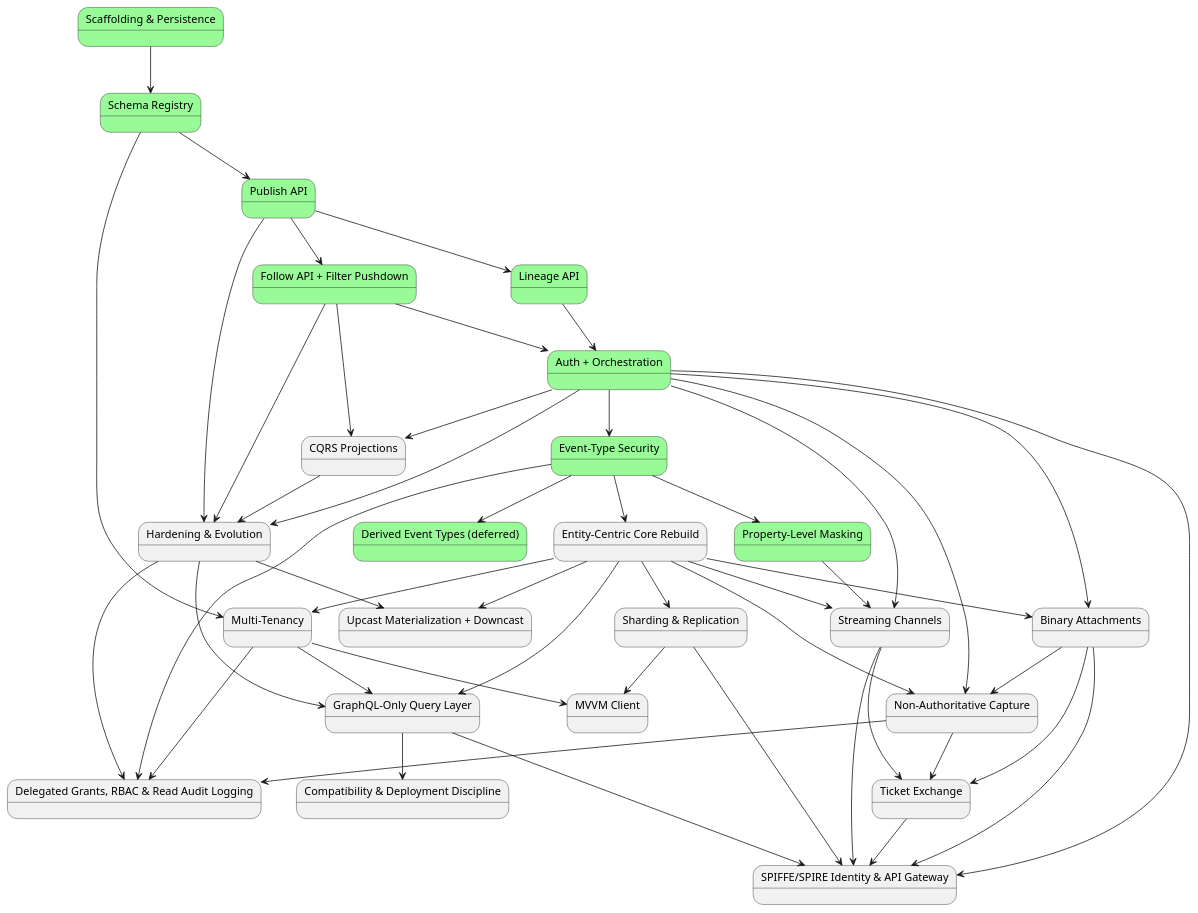
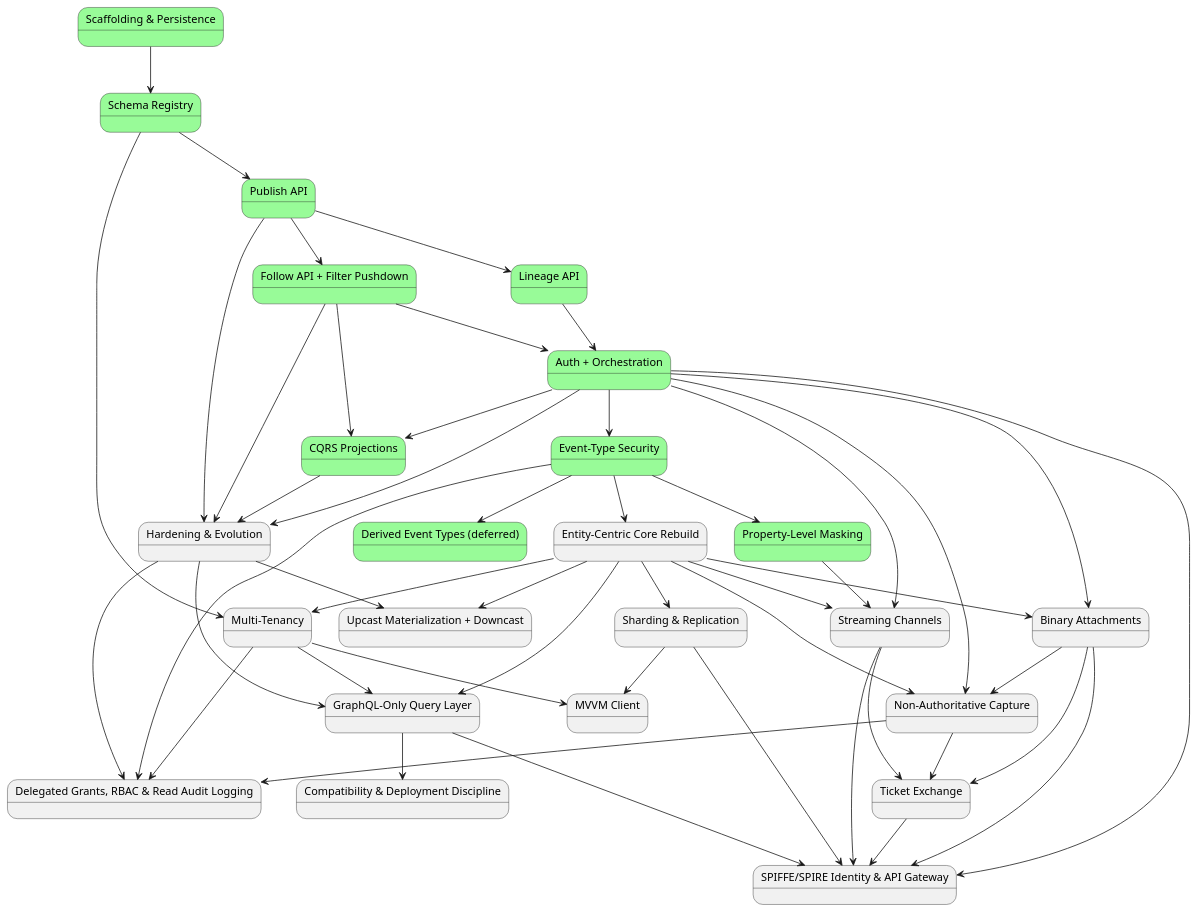
Before and after one commit to Mwwhited-BookLearning/EventSourcing: the first of 2 diagrams in docs/08-build-plan.md, drawn with PlantUML. The commit also changed other lines of this file and 34 other files, not shown here.

First line of the commit message:
Build CQRS Read-Model Projections (build-plan item 10)

````diff
--- a/docs/08-build-plan.md
+++ b/docs/08-build-plan.md
@@ -156,77 +156,77 @@
 ```plantuml
 @startuml BuildPlan_CorePhases
 state "Scaffolding & Persistence" as p0 #palegreen
 state "Schema Registry" as p1 #palegreen
 state "Publish API" as p2 #palegreen
 state "Lineage API" as p3 #palegreen
 state "Follow API + Filter Pushdown" as p4 #palegreen
 state "Auth + Orchestration" as p5 #palegreen
 state "Event-Type Security" as p6 #palegreen
 state "Derived Event Types (deferred)" as p7 #palegreen
 state "Property-Level Masking" as p8 #palegreen
-state "CQRS Projections" as p9
+state "CQRS Projections" as p9 #palegreen
 state "Hardening & Evolution" as p10
 state "Entity-Centric Core Rebuild" as p11
 state "Multi-Tenancy" as p12
 state "Upcast Materialization + Downcast" as p13
 state "Streaming Channels" as p14
 state "Binary Attachments" as p15
 state "Sharding & Replication" as p16
 state "Non-Authoritative Capture" as p17
 state "GraphQL-Only Query Layer" as p18
 state "Compatibility & Deployment Discipline" as p19
 state "MVVM Client" as p20
 state "Ticket Exchange" as p21
 state "Delegated Grants, RBAC & Read Audit Logging" as p22
 state "SPIFFE/SPIRE Identity & API Gateway" as p23
 
 p0 --> p1
 p1 --> p2
 p2 --> p3
 p2 --> p4
 p3 --> p5
 p4 --> p5
 p5 --> p6
 p6 --> p7
 p6 --> p8
 p4 --> p9
 p5 --> p9
 p5 --> p10
 p2 --> p10
 p4 --> p10
 p9 --> p10
 p6 --> p11
 p1 --> p12
 p11 --> p12
 p10 --> p13
 p11 --> p13
 p5 --> p14
 p11 --> p14
 p8 --> p14
 p5 --> p15
 p11 --> p15
 p11 --> p16
 p11 --> p17
 p5 --> p17
 p15 --> p17
 p11 --> p18
 p12 --> p18
 p10 --> p18
 p18 --> p19
 p12 --> p20
 p16 --> p20
 p14 --> p21
 p15 --> p21
 p17 --> p21
 p17 --> p22
 p6 --> p22
 p12 --> p22
 p10 --> p22
 p5 --> p23
 p16 --> p23
 p14 --> p23
 p15 --> p23
 p18 --> p23
 p21 --> p23
 @enduml
 ```
````
